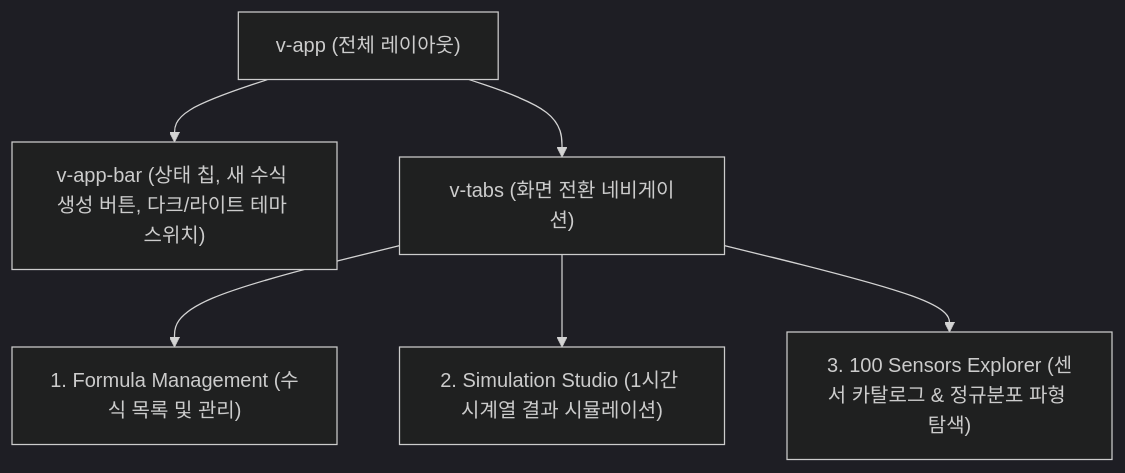
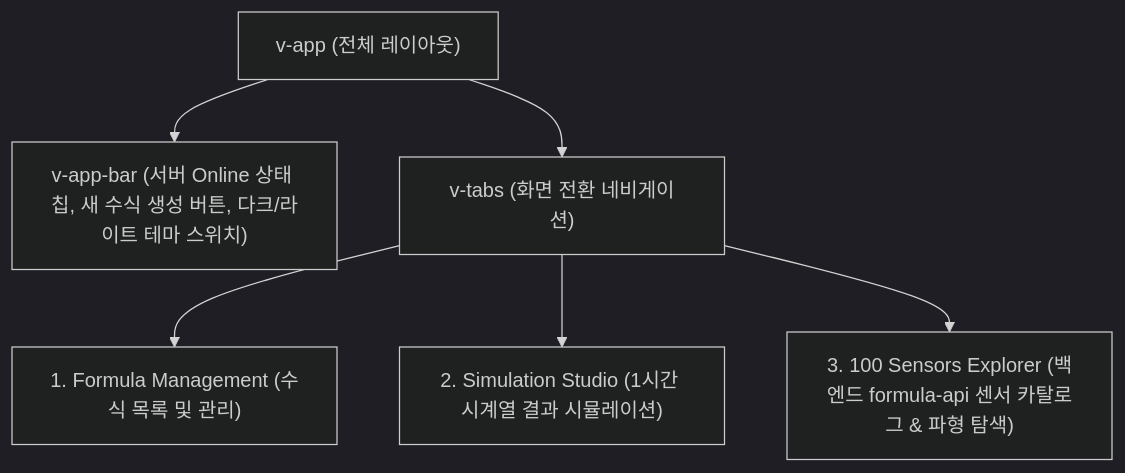
One commit to imoil/formula-evaluator-service changed the third of 4 diagrams in docs/FRONTEND_UI_GUIDE.md. Above: the diagram before and after it, drawn with Mermaid (dark theme). The commit also changed other lines of this file and 1 other file, not shown here.

Commit message:
docs: update architectural diagrams and guides to reflect backend single source of truth for sensors

````diff
--- a/docs/FRONTEND_UI_GUIDE.md
+++ b/docs/FRONTEND_UI_GUIDE.md
@@ -297,14 +260,14 @@
 ```mermaid
 flowchart TD
     App["v-app (전체 레이아웃)"]
-    AppBar["v-app-bar (상태 칩, 새 수식 생성 버튼, 다크/라이트 테마 스위치)"]
+    AppBar["v-app-bar (서버 Online 상태 칩, 새 수식 생성 버튼, 다크/라이트 테마 스위치)"]
     Tabs["v-tabs (화면 전환 네비게이션)"]
 
     Tab1["1. Formula Management (수식 목록 및 관리)"]
     Tab2["2. Simulation Studio (1시간 시계열 결과 시뮬레이션)"]
-    Tab3["3. 100 Sensors Explorer (센서 카탈로그 & 정규분포 파형 탐색)"]
+    Tab3["3. 100 Sensors Explorer (백엔드 formula-api 센서 카탈로그 & 파형 탐색)"]
 
     App --> AppBar
     App --> Tabs
     Tabs --> Tab1 & Tab2 & Tab3
 ```
````
